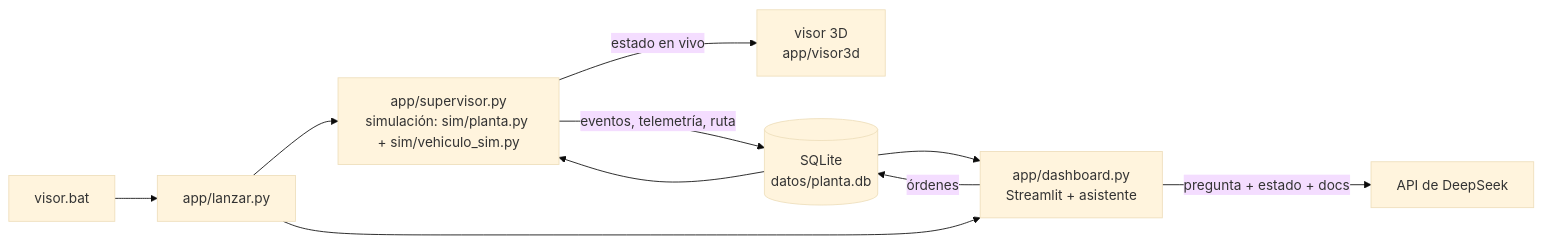
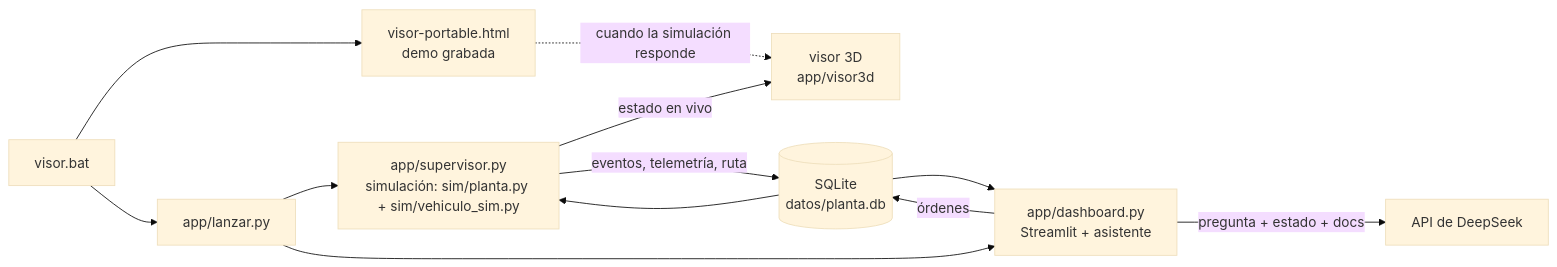
One commit to Dathinel/Sensores-Teoria changed the diagram in proyecto-final/README.md. Above: the diagram before and after it, drawn with Mermaid (base theme). The commit also changed other lines of this file and 9 other files, not shown here.

First line of the commit message:
Visor portable: visor.bat abre un solo HTML y pasa solo al vivo

````diff
--- a/proyecto-final/README.md
+++ b/proyecto-final/README.md
@@ -34,11 +39,13 @@
 ```mermaid
 flowchart LR
-    B[visor.bat] --> L[app/lanzar.py]
+    B[visor.bat] --> P[visor-portable.html<br/>demo grabada]
+    P -. cuando la simulación responde .-> V
+    B --> L[app/lanzar.py]
     L --> S[app/supervisor.py<br/>simulación: sim/planta.py + sim/vehiculo_sim.py]
     L --> D[app/dashboard.py<br/>Streamlit + asistente]
     D -- pregunta + estado + docs --> API[API de DeepSeek]
     S -- estado en vivo --> V[visor 3D<br/>app/visor3d]
     S -- eventos, telemetría, ruta --> DB[(SQLite<br/>datos/planta.db)]
     DB --> D
     D -- órdenes --> DB --> S
 ```
````
